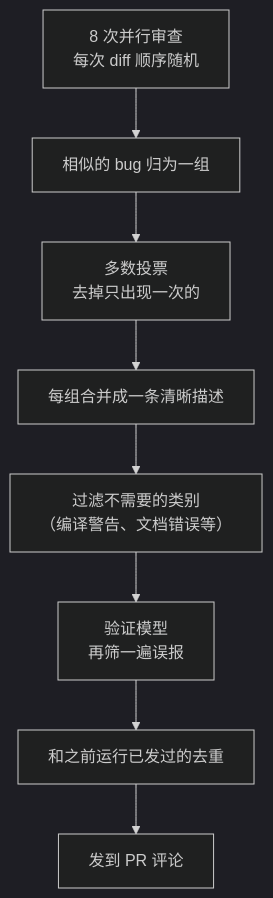
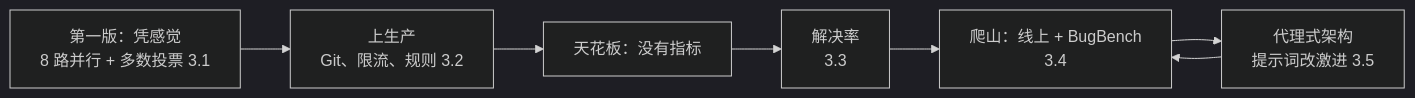
One commit to yzw7489757/ai-coding-videos changed the diagram in docs/33-cursor-building-bugbot.md. Above: the diagram before and after it, drawn with Mermaid (dark theme). The commit also changed other lines of this file and 7 other files, not shown here.

````diff
--- a/docs/33-cursor-building-bugbot.md
+++ b/docs/33-cursor-building-bugbot.md
@@ -50,10 +65,9 @@
 ```mermaid
-flowchart TB
-    A["8 次并行审查<br/>每次 diff 顺序随机"] --> B["相似的 bug 归为一组"]
-    B --> C["多数投票<br/>去掉只出现一次的"]
-    C --> D["每组合并成一条清晰描述"]
-    D --> E["过滤不需要的类别<br/>（编译警告、文档错误等）"]
-    E --> F["验证模型<br/>再筛一遍误报"]
-    F --> G["和之前运行已发过的去重"]
-    G --> H["发到 PR 评论"]
+flowchart LR
+  A["第一版：凭感觉<br/>8 路并行 + 多数投票 3.1"] --> B["上生产<br/>Git、限流、规则 3.2"]
+  B --> C["天花板：没有指标"]
+  C --> D["解决率<br/>3.3"]
+  D --> E["爬山：线上 + BugBench<br/>3.4"]
+  E --> F["代理式架构<br/>提示词改激进 3.5"]
+  F --> E
 ```
````
